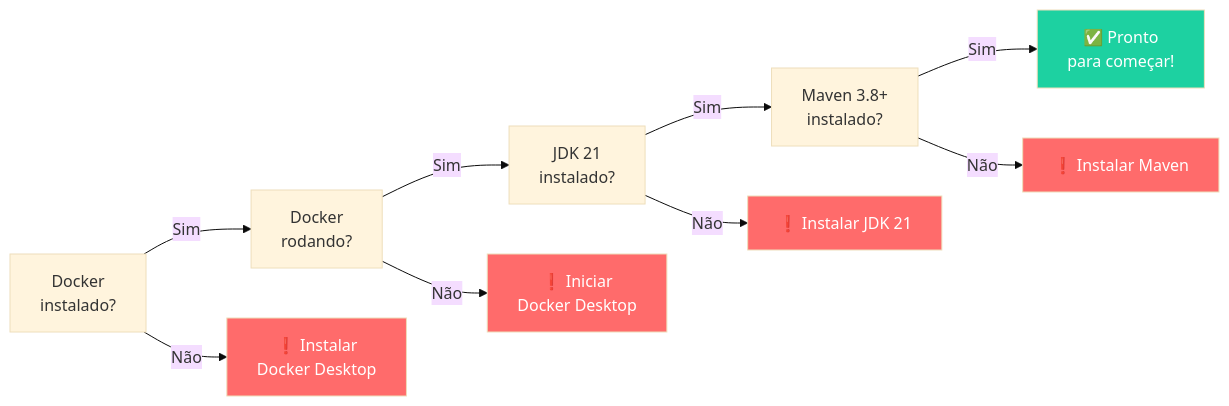
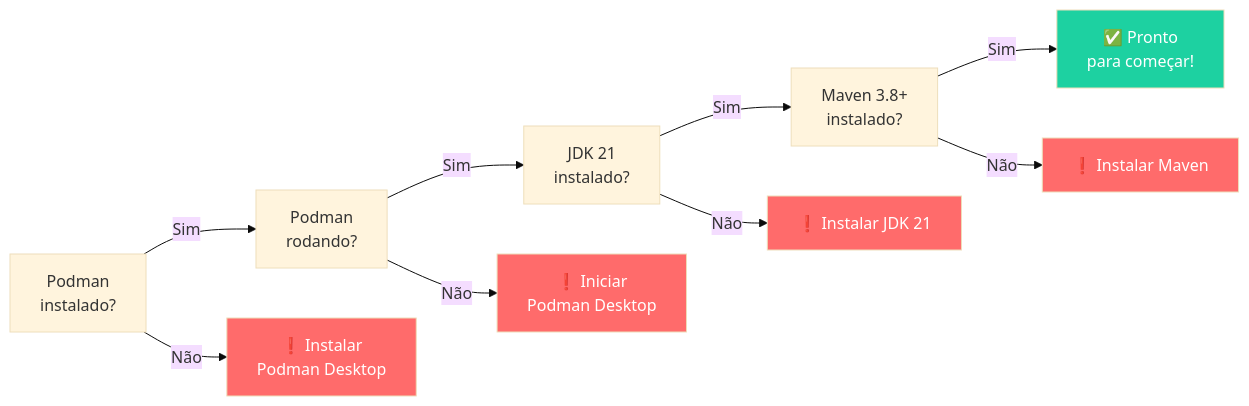
Before and after one commit to deusemarjunior/trein-java-intermed: the seventh of 7 diagrams in dia-04/slide-01.md, drawn with Mermaid (base theme). The commit also changed other lines of this file and 100 other files, not shown here.

Commit message:
removendo docker adicionando podman

````diff
--- a/dia-04/slide-01.md
+++ b/dia-04/slide-01.md
@@ -274,17 +274,17 @@
 ```mermaid
 flowchart LR
-    A["Docker<br/>instalado?"] -->|Sim| B["Docker<br/>rodando?"]
-    A -->|Não| A1["❗ Instalar<br/>Docker Desktop"]
+    A["Podman<br/>instalado?"] -->|Sim| B["Podman<br/>rodando?"]
+    A -->|Não| A1["❗ Instalar<br/>Podman Desktop"]
     B -->|Sim| C["JDK 21<br/>instalado?"]
-    B -->|Não| B1["❗ Iniciar<br/>Docker Desktop"]
+    B -->|Não| B1["❗ Iniciar<br/>Podman Desktop"]
     C -->|Sim| D["Maven 3.8+<br/>instalado?"]
     C -->|Não| C1["❗ Instalar JDK 21"]
     D -->|Sim| E["✅ Pronto<br/>para começar!"]
     D -->|Não| D1["❗ Instalar Maven"]
 
     style E fill:#1dd1a1,color:#fff
     style A1 fill:#ff6b6b,color:#fff
     style B1 fill:#ff6b6b,color:#fff
     style C1 fill:#ff6b6b,color:#fff
     style D1 fill:#ff6b6b,color:#fff
 ```
````
